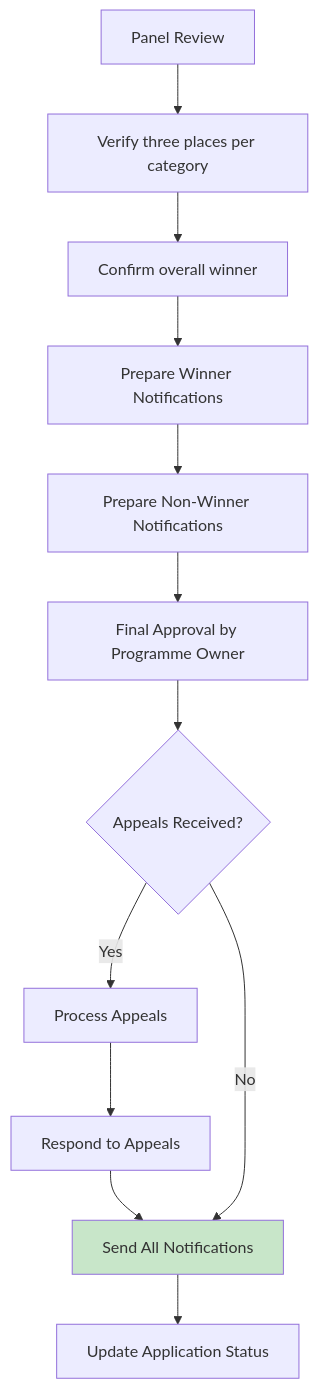
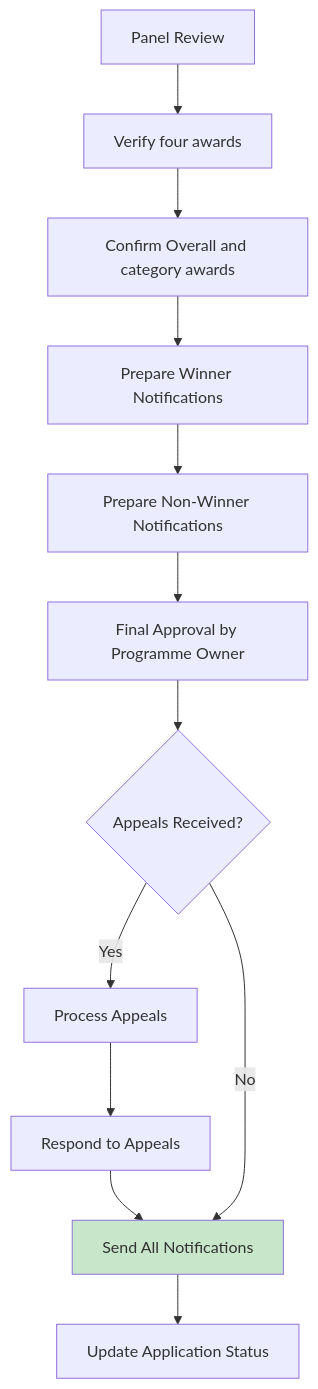
Before and after one commit to baloghp/PBF: the diagram in Confluence/Project-Contractor-Of-The-Year-Award/130547713 - 3.0 DecisionAward.md, drawn with Mermaid. The commit also changed other lines of this file and 25 other files, not shown here.

````diff
--- a/Confluence/Project-Contractor-Of-The-Year-Award/130547713 - 3.0 DecisionAward.md
+++ b/Confluence/Project-Contractor-Of-The-Year-Award/130547713 - 3.0 DecisionAward.md
@@ -23,16 +23,16 @@
 ```mermaid
 flowchart TD
-    A[Panel Review] --> B[Verify three places per category]
-    B --> C[Confirm overall winner]
+    A[Panel Review] --> B[Verify four awards]
+    B --> C[Confirm Overall and category awards]
     C --> D[Prepare Winner Notifications]
     D --> E[Prepare Non-Winner Notifications]
     E --> F[Final Approval by Programme Owner]
     F --> G{Appeals Received?}
     G -->|Yes| H[Process Appeals]
     H --> I[Respond to Appeals]
     I --> J[Send All Notifications]
     G -->|No| J
     J --> K[Update Application Status]
     
     style J fill:#c8e6c9
 ```
````
